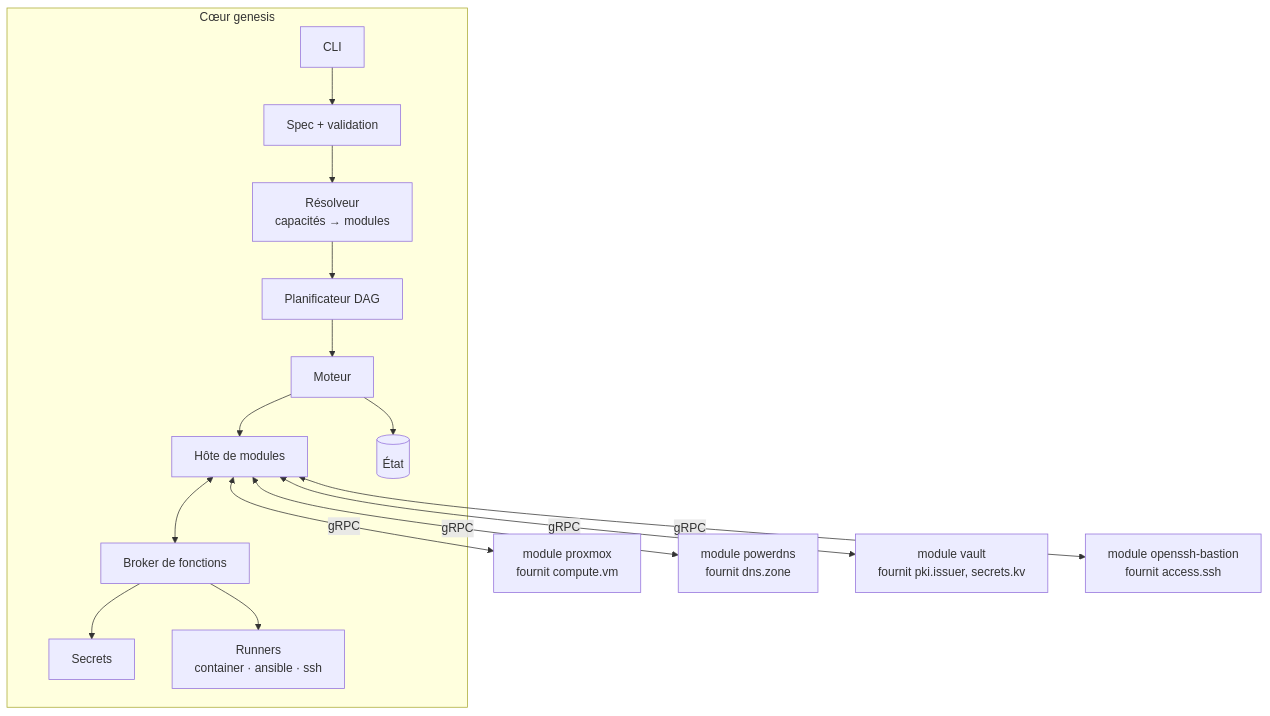
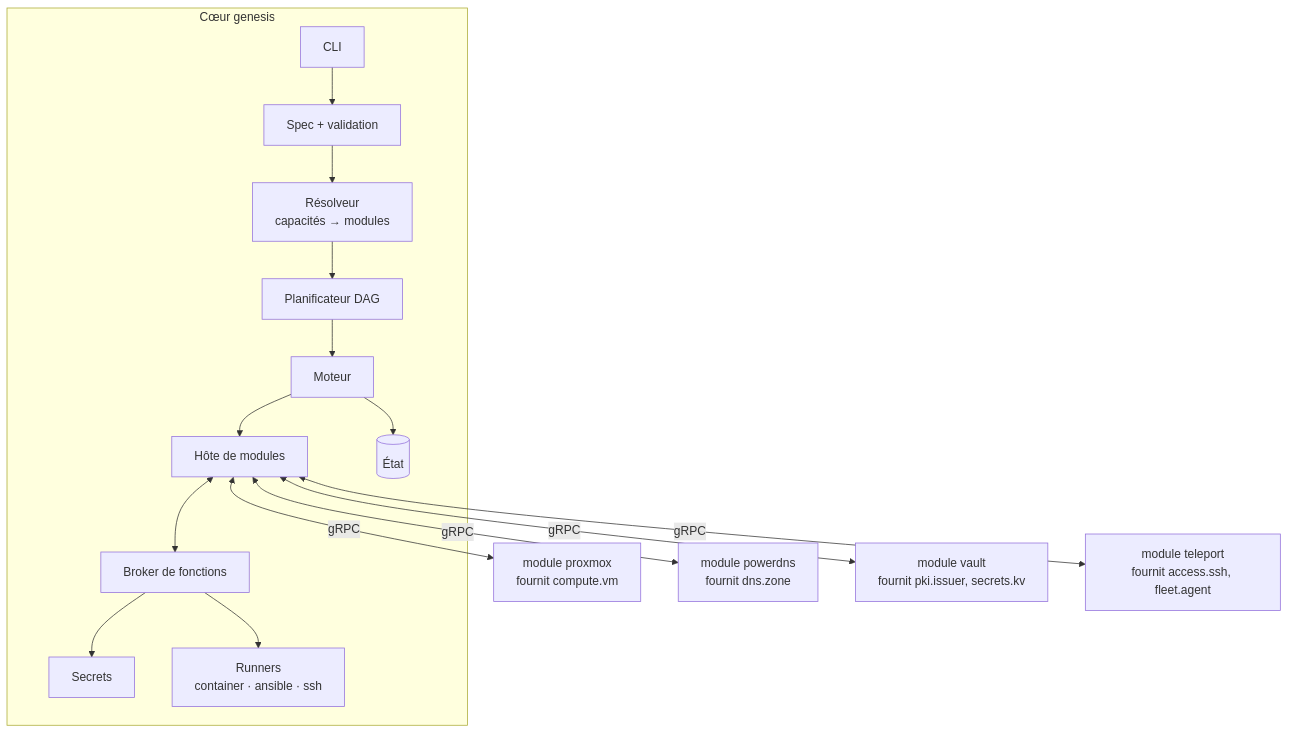
One commit to WhiteRoseLK/genesis changed the diagram in docs/02-architecture.md. Above: the diagram before and after it, drawn with Mermaid. The commit also changed other lines of this file and 7 other files, not shown here.

First line of the commit message:
docs: ADR-017, teleport remplace le bastion OpenSSH classique (J8)

````diff
--- a/docs/02-architecture.md
+++ b/docs/02-architecture.md
@@ -22,18 +23,18 @@
 ```mermaid
 flowchart TB
   subgraph CORE[Cœur genesis]
     CLI[CLI] --> SPEC[Spec + validation]
     SPEC --> RES[Résolveur<br/>capacités → modules]
     RES --> PLAN[Planificateur DAG]
     PLAN --> ENG[Moteur]
     ENG --> HOST[Hôte de modules]
     HOST <--> BROKER[Broker de fonctions]
     ENG --> STATE[(État)]
     BROKER --> SEC[Secrets]
     BROKER --> RUN[Runners<br/>container · ansible · ssh]
   end
   HOST <-->|gRPC| M1[module proxmox<br/>fournit compute.vm]
   HOST <-->|gRPC| M2[module powerdns<br/>fournit dns.zone]
   HOST <-->|gRPC| M3[module vault<br/>fournit pki.issuer, secrets.kv]
-  HOST <-->|gRPC| M4[module openssh-bastion<br/>fournit access.ssh]
+  HOST <-->|gRPC| M4[module teleport<br/>fournit access.ssh, fleet.agent]
 ```
````
